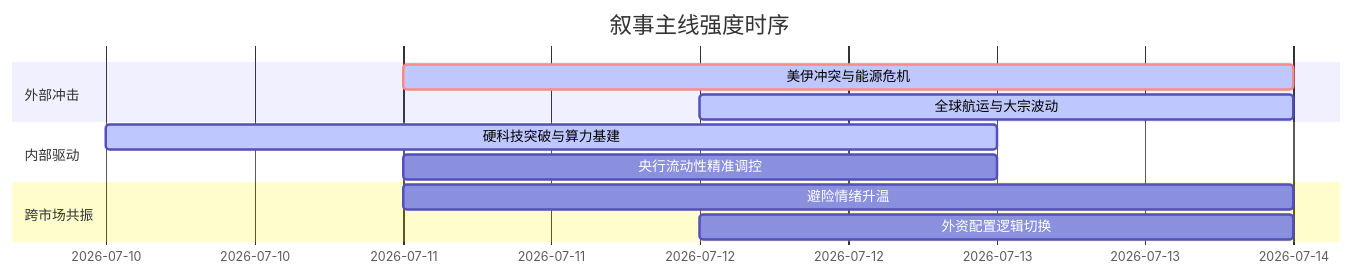
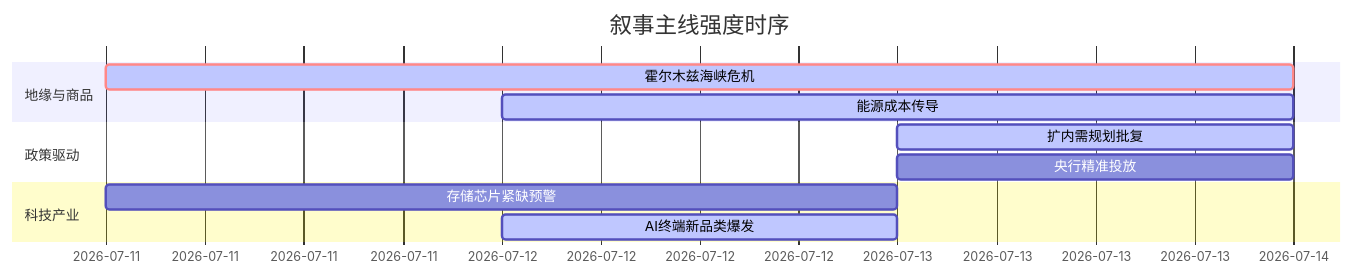
Before and after one commit to uu5zn/uu5zn.github.io: the diagram in 5day_report.md, drawn with Mermaid. The commit also changed other lines of this file and 24 other files, not shown here.

````diff
--- a/5day_report.md
+++ b/5day_report.md
@@ -55,16 +55,16 @@
 ```mermaid
 gantt
     title 叙事主线强度时序
     dateFormat  YYYY-MM-DD
-    section 外部冲击
-    美伊冲突与能源危机   :crit, active, 2026-07-11, 3d
-    全球航运与大宗波动   :active, 2026-07-12, 2d
+    section 地缘与商品
+    霍尔木兹海峡危机   :crit, active, 2026-07-11, 3d
+    能源成本传导       :active, 2026-07-12, 2d
     
-    section 内部驱动
-    硬科技突破与算力基建   :active, 2026-07-10, 3d
-    央行流动性精准调控   :2026-07-11, 2d
+    section 政策驱动
+    扩内需规划批复     :active, 2026-07-13, 1d
+    央行精准投放       :2026-07-13, 1d
     
-    section 跨市场共振
-    避险情绪升温         :2026-07-11, 3d
-    外资配置逻辑切换     :2026-07-12, 2d
+    section 科技产业
+    存储芯片紧缺预警   :2026-07-11, 2d
+    AI终端新品类爆发   :active, 2026-07-12, 1d
 ```
````
